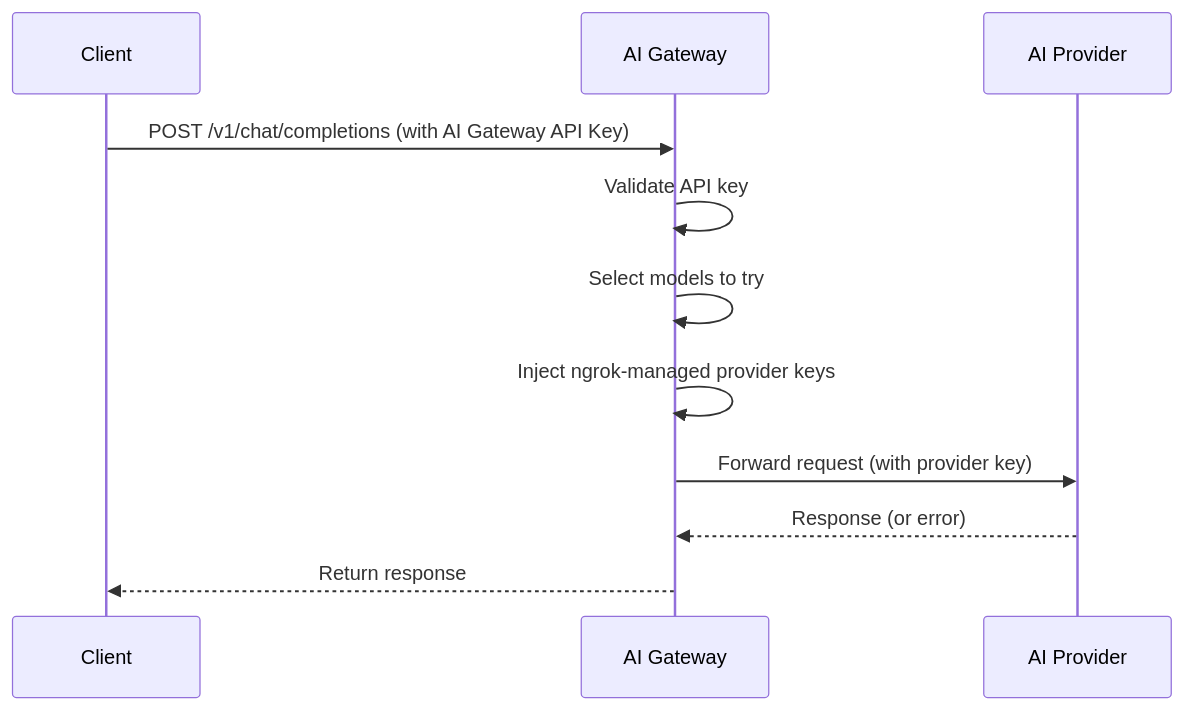
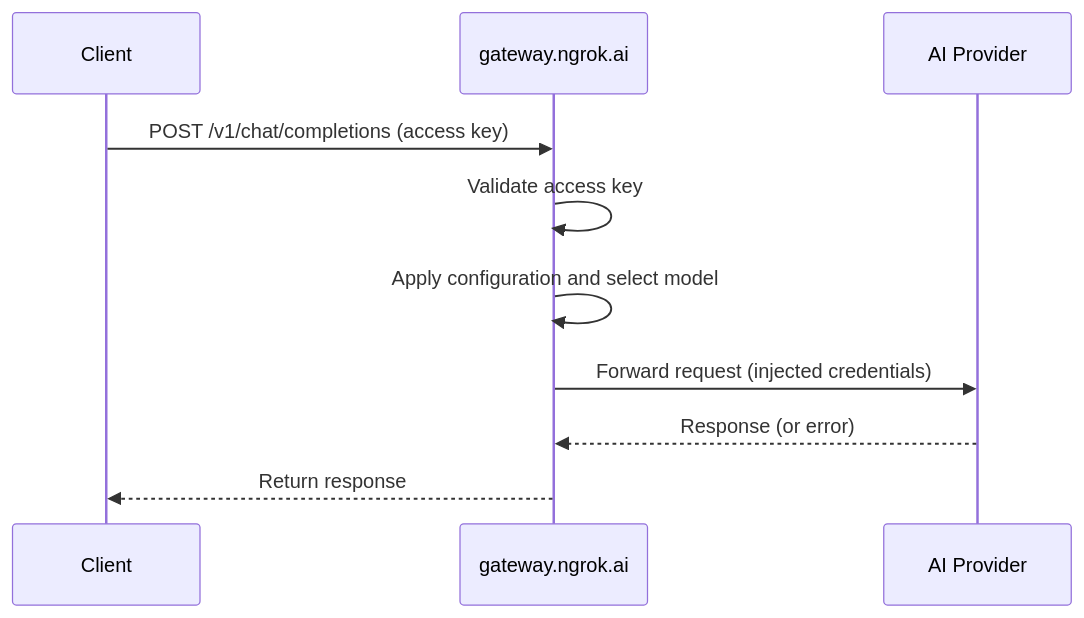
One commit to ngrok/ngrok-docs changed the diagram in ai-gateway/how-it-works.mdx. Above: the diagram before and after it, drawn with Mermaid. The commit also changed other lines of this file and 99 other files, not shown here.

First line of the commit message:
Overhaul AI Gateway docs for new architecture (#2196)

````diff
--- a/ai-gateway/how-it-works.mdx
+++ b/ai-gateway/how-it-works.mdx
@@ -11,14 +11,13 @@
 ```mermaid
 sequenceDiagram
     participant Client
-    participant Gateway as AI Gateway
+    participant Gateway as gateway.ngrok.ai
     participant Provider as AI Provider
 
-    Client->>Gateway: POST /v1/chat/completions (with AI Gateway API Key)
-    Gateway->>Gateway: Validate API key
-    Gateway->>Gateway: Select models to try
-    Gateway->>Gateway: Inject ngrok-managed provider keys
-    Gateway->>Provider: Forward request (with provider key)
+    Client->>Gateway: POST /v1/chat/completions (access key)
+    Gateway->>Gateway: Validate access key
+    Gateway->>Gateway: Apply configuration and select model
+    Gateway->>Provider: Forward request (injected credentials)
     Provider-->>Gateway: Response (or error)
     Gateway-->>Client: Return response
 ```
````
